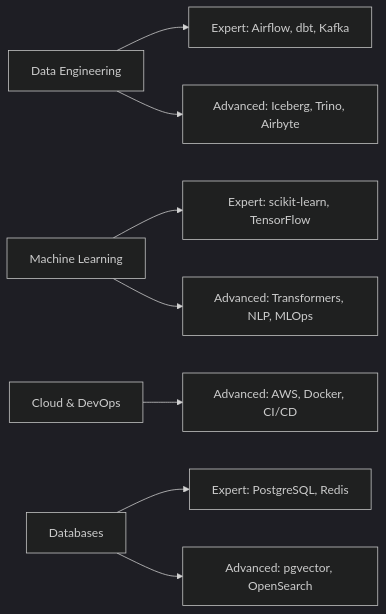
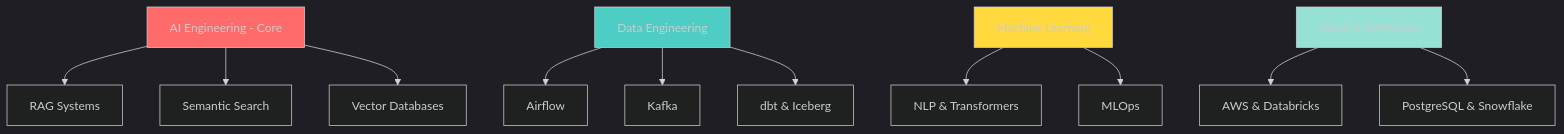
One commit to sumanthmalipeddi/sumanthmalipeddi changed the first of 2 diagrams in README.md. Above: the diagram before and after it, drawn with Mermaid. The commit also changed other lines of this file, not shown here.

````diff
--- a/README.md
+++ b/README.md
@@ -220,11 +244,22 @@
 ```mermaid
 %%{init: {'theme':'dark'}}%%
-graph LR
-    A[Data Engineering] --> B[Expert: Airflow, dbt, Kafka]
-    A --> C[Advanced: Iceberg, Trino, Airbyte]
-    D[Machine Learning] --> E[Expert: scikit-learn, TensorFlow]
-    D --> F[Advanced: Transformers, NLP, MLOps]
-    G[Cloud & DevOps] --> H[Advanced: AWS, Docker, CI/CD]
-    I[Databases] --> J[Expert: PostgreSQL, Redis]
-    I --> K[Advanced: pgvector, OpenSearch]
+graph TB
+    A[AI Engineering - Core] --> B[RAG Systems]
+    A --> C[Semantic Search]
+    A --> D[Vector Databases]
+
+    E[Data Engineering] --> F[Airflow]
+    E --> G[Kafka]
+    E --> H[dbt & Iceberg]
+
+    I[Machine Learning] --> J[NLP & Transformers]
+    I --> K[MLOps]
+
+    L[Cloud & Databases] --> M[AWS & Databricks]
+    L --> N[PostgreSQL & Snowflake]
+
+    style A fill:#FF6B6B
+    style E fill:#4ECDC4
+    style I fill:#FFD93D
+    style L fill:#95E1D3
 ```
````
